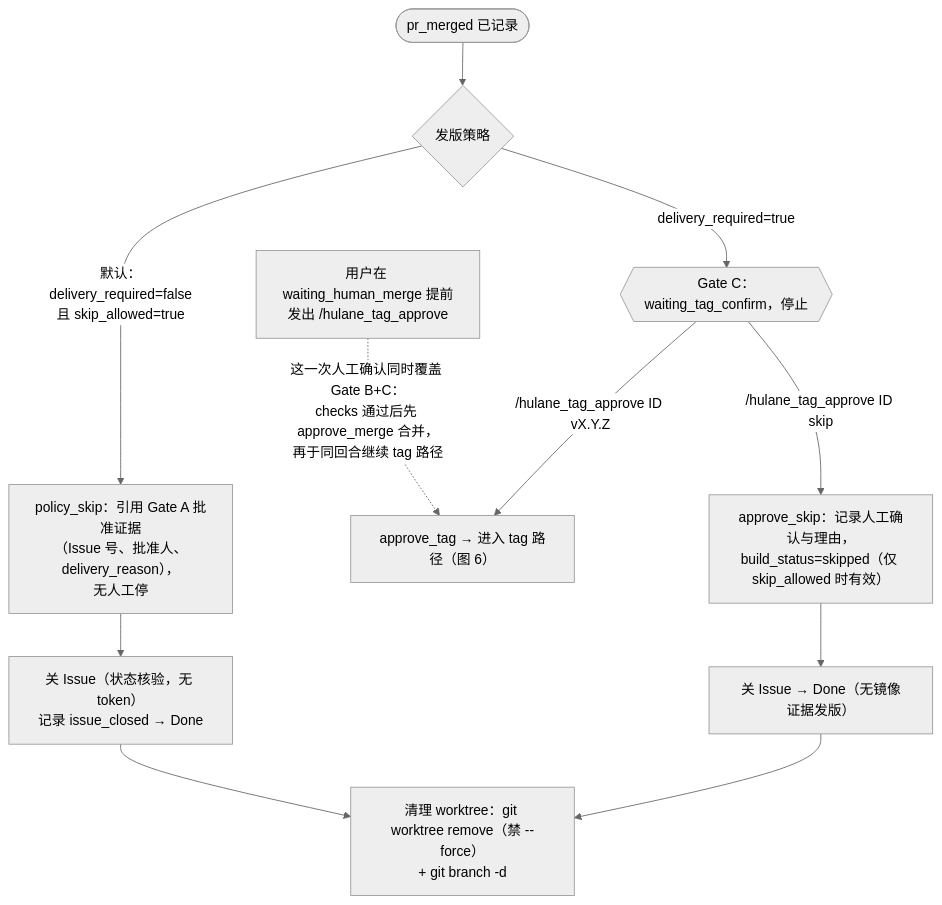
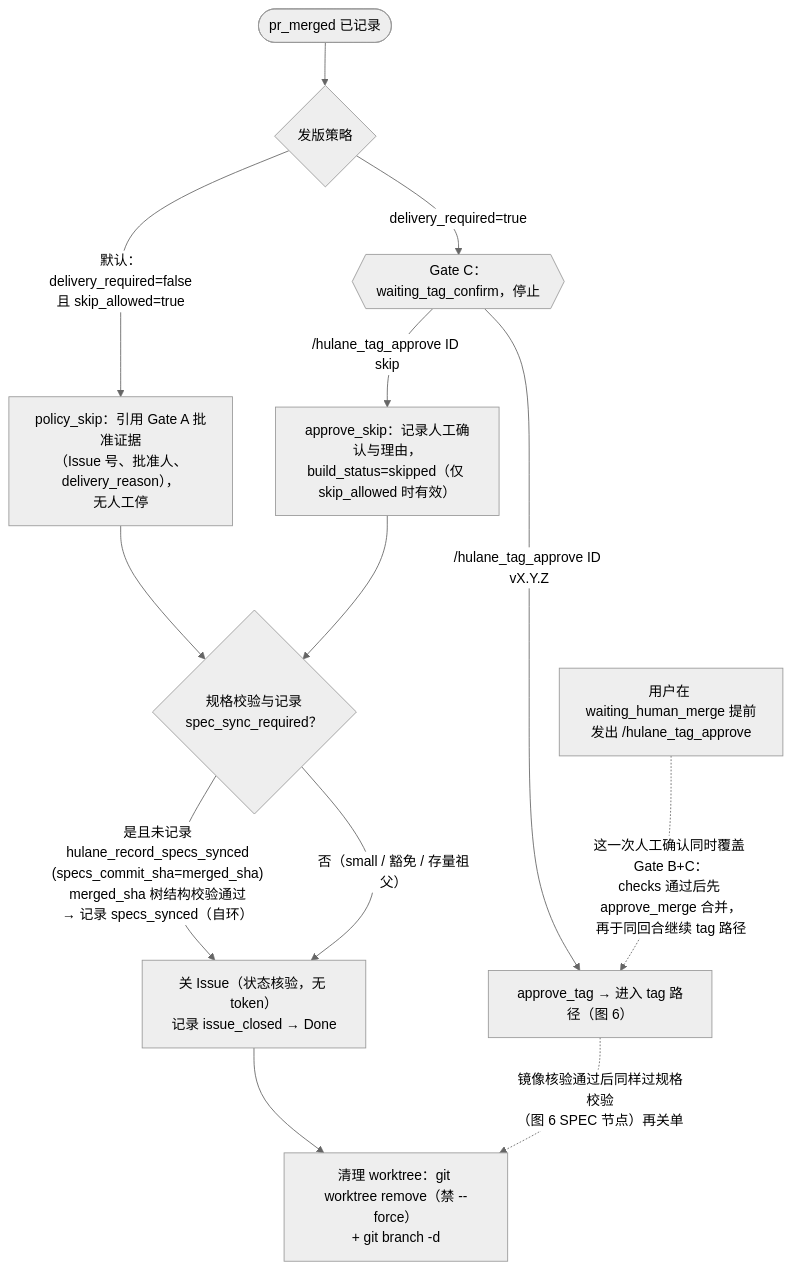
The fifth of 10 diagrams in FLOWCHARTS.md (hutong236/hutong-zcode-marketplace), drawn with Mermaid (neutral theme) before and after one commit. The commit also changed other lines of this file and 43 other files, not shown here.

First line of the commit message:
feat(hulane): 原生能力规格层，specs_synced 状态机强制（V3.6.0）

````diff
--- a/FLOWCHARTS.md
+++ b/FLOWCHARTS.md
@@ -118,13 +134,15 @@
 ```mermaid
 flowchart TD
   MR(["pr_merged 已记录"]) --> POL{"发版策略"}
   POL -->|"默认：delivery_required=false<br>且 skip_allowed=true"| PS["policy_skip：引用 Gate A 批准证据<br>（Issue 号、批准人、delivery_reason），<br>无人工停"]
-  PS --> C1["关 Issue（状态核验，无 token）<br>记录 issue_closed → Done"]
+  PS --> SPEC{"规格校验与记录<br>spec_sync_required？"}
+  SPEC -->|"是且未记录<br>hulane_record_specs_synced<br>(specs_commit_sha=merged_sha)<br>merged_sha 树结构校验通过<br>→ 记录 specs_synced（自环）"| C1["关 Issue（状态核验，无 token）<br>记录 issue_closed → Done"]
+  SPEC -->|"否（small / 豁免 / 存量祖父）"| C1
   POL -->|"delivery_required=true"| GAC{{"Gate C：waiting_tag_confirm，停止"}}
   GAC -->|"/hulane_tag_approve ID vX.Y.Z"| TAGP["approve_tag → 进入 tag 路径（图 6）"]
   GAC -->|"/hulane_tag_approve ID skip"| SK["approve_skip：记录人工确认与理由，<br>build_status=skipped（仅 skip_allowed 时有效）"]
-  SK --> C2["关 Issue → Done（无镜像证据发版）"]
+  SK --> SPEC
   EARLY["用户在 waiting_human_merge 提前<br>发出 /hulane_tag_approve"] -.->|"这一次人工确认同时覆盖 Gate B+C：<br>checks 通过后先 approve_merge 合并，<br>再于同回合继续 tag 路径"| TAGP
   C1 --> HK["清理 worktree：git worktree remove（禁 --force）<br>+ git branch -d"]
-  C2 --> HK
+  TAGP -.->|"镜像核验通过后同样过规格校验<br>（图 6 SPEC 节点）再关单"| HK
 ```
````
